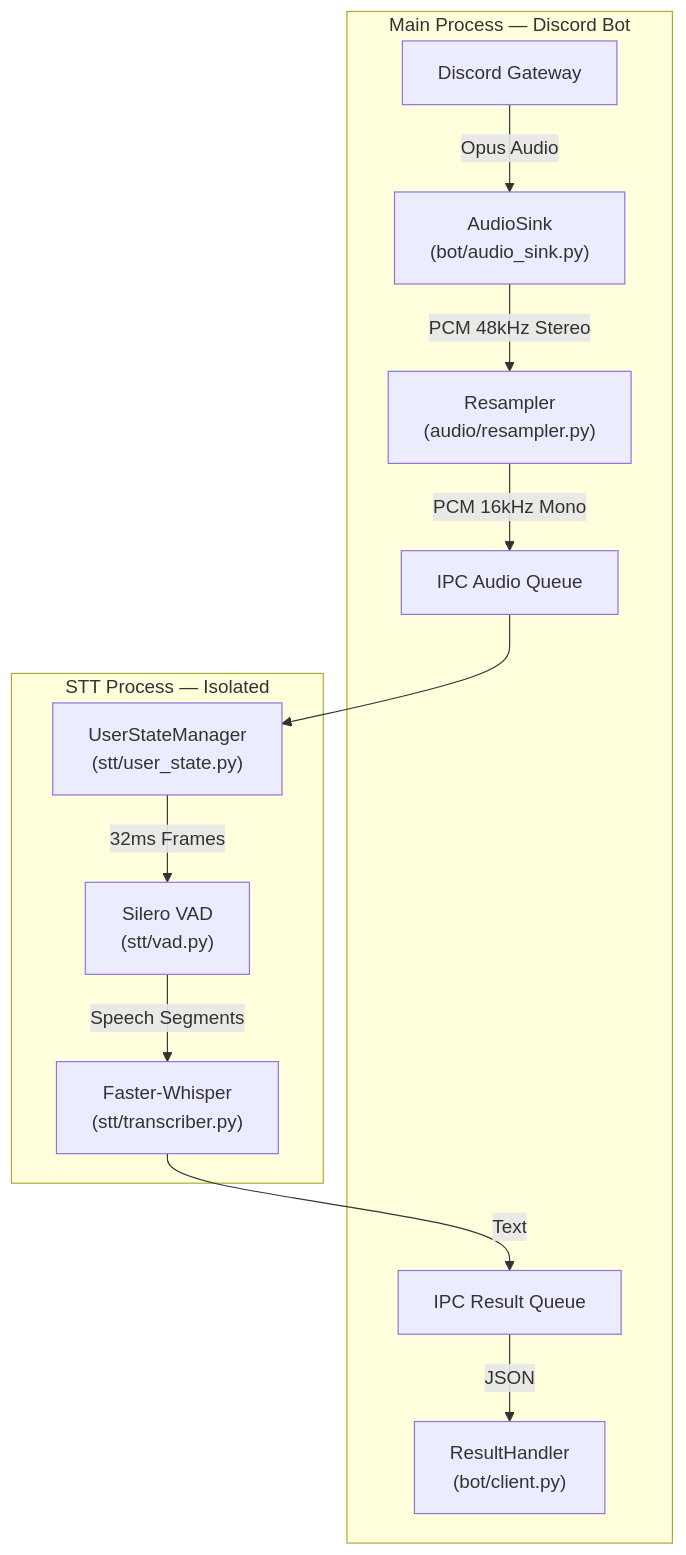
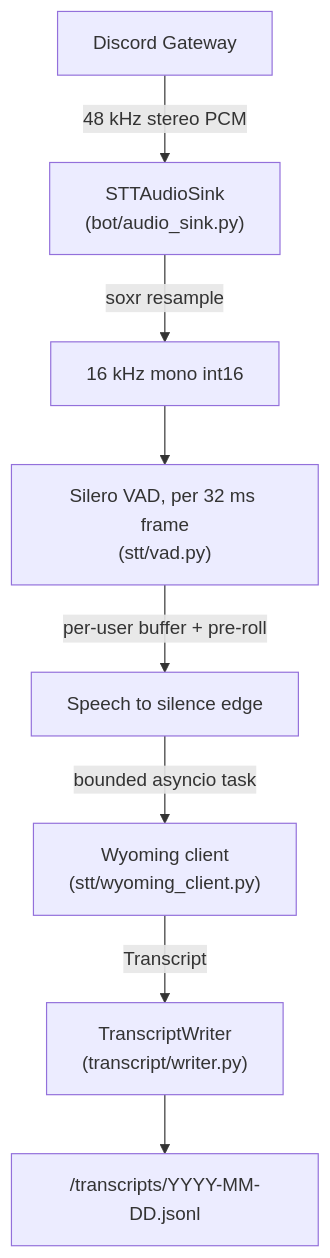
Before and after one commit to arychj/miss-quote: the diagram in README.md, drawn with Mermaid. The commit also changed other lines of this file and 40 other files, not shown here.

````diff
--- a/README.md
+++ b/README.md
@@ -30,16 +16,10 @@
 ```mermaid
 graph TD
-    subgraph "Main Process — Discord Bot"
-        A[Discord Gateway] -->|Opus Audio| B["AudioSink<br/>(bot/audio_sink.py)"]
-        B -->|PCM 48kHz Stereo| C["Resampler<br/>(audio/resampler.py)"]
-        C -->|PCM 16kHz Mono| D[IPC Audio Queue]
-        H[IPC Result Queue] -->|JSON| I["ResultHandler<br/>(bot/client.py)"]
-    end
-
-    subgraph "STT Process — Isolated"
-        D --> E["UserStateManager<br/>(stt/user_state.py)"]
-        E -->|32ms Frames| F["Silero VAD<br/>(stt/vad.py)"]
-        F -->|Speech Segments| G["Faster-Whisper<br/>(stt/transcriber.py)"]
-        G -->|Text| H
-    end
+    A[Discord Gateway] -->|48 kHz stereo PCM| B["STTAudioSink<br/>(bot/audio_sink.py)"]
+    B -->|soxr resample| C["16 kHz mono int16"]
+    C --> D["Silero VAD, per 32 ms frame<br/>(stt/vad.py)"]
+    D -->|per-user buffer + pre-roll| E["Speech to silence edge"]
+    E -->|bounded asyncio task| F["Wyoming client<br/>(stt/wyoming_client.py)"]
+    F -->|Transcript| G["TranscriptWriter<br/>(transcript/writer.py)"]
+    G --> H["/transcripts/YYYY-MM-DD.jsonl"]
 ```
````
